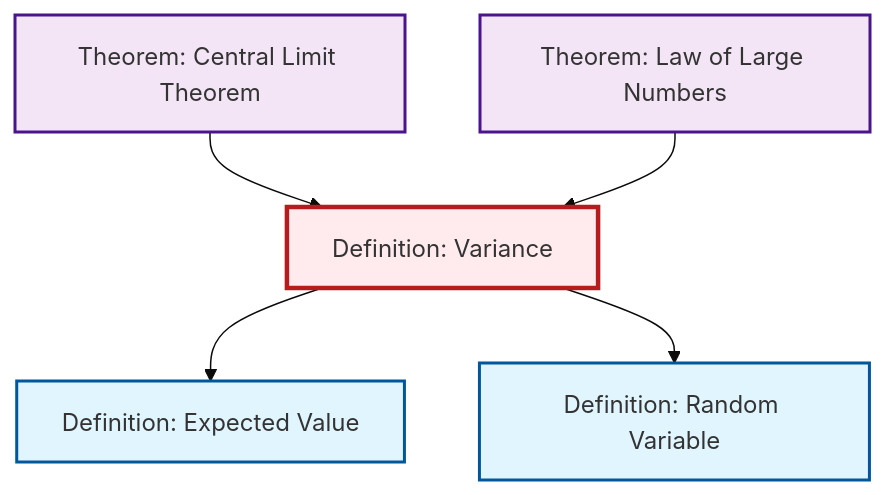
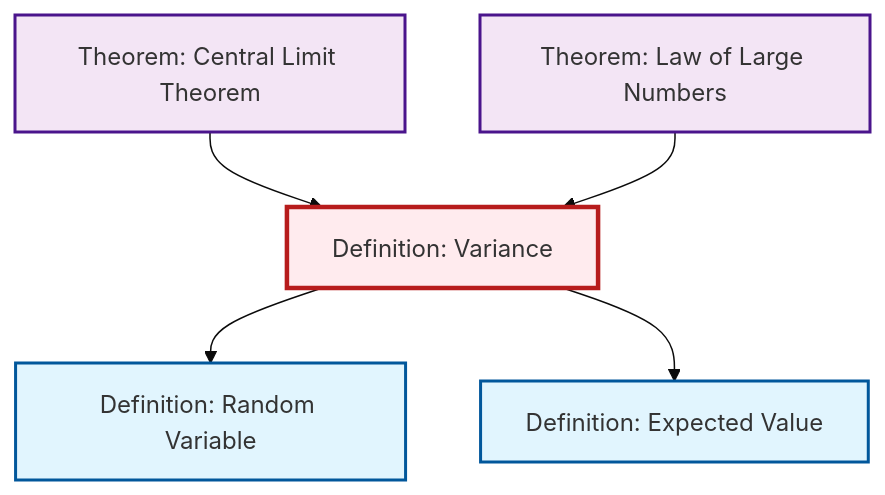
One commit to RK0429/ModernMath changed the second of 2 diagrams in content/en/probability-statistics/def-variance.qmd. Above: the diagram before and after it, drawn with Mermaid (base theme). The commit also changed other lines of this file and 581 other files, not shown here.

````diff
--- a/content/en/probability-statistics/def-variance.qmd
+++ b/content/en/probability-statistics/def-variance.qmd
@@ -101,23 +101,23 @@
 ```{mermaid}
 %%| fig-cap: "Local dependency graph"
 graph TD
     classDef definition fill:#e1f5fe,stroke:#01579b,stroke-width:2px
     classDef theorem fill:#f3e5f5,stroke:#4a148c,stroke-width:2px
     classDef axiom fill:#fff3e0,stroke:#e65100,stroke-width:2px
     classDef example fill:#e8f5e9,stroke:#1b5e20,stroke-width:2px
     classDef current fill:#ffebee,stroke:#b71c1c,stroke-width:3px
+    thm-central-limit["Theorem: Central Limit Theorem"]:::theorem
     def-variance["Definition: Variance"]:::definition
+    def-expectation["Definition: Expected Value"]:::definition
+    thm-law-of-large-numbers["Theorem: Law of Large Numbers"]:::theorem
     def-random-variable["Definition: Random Variable"]:::definition
-    thm-law-of-large-numbers["Theorem: Law of Large Numbers"]:::theorem
-    thm-central-limit["Theorem: Central Limit Theorem"]:::theorem
-    def-expectation["Definition: Expected Value"]:::definition
+    def-variance --> def-random-variable
+    def-variance --> def-expectation
     thm-central-limit --> def-variance
     thm-law-of-large-numbers --> def-variance
-    def-variance --> def-expectation
-    def-variance --> def-random-variable
     class def-variance current
-    click def-random-variable "def-random-variable.html" "Go to Random Variable definition"
-    click thm-law-of-large-numbers "thm-law-of-large-numbers.html" "Go to Law of Large Numbers theorem"
     click thm-central-limit "thm-central-limit.html" "Go to Central Limit Theorem theorem"
     click def-expectation "def-expectation.html" "Go to Expected Value definition"
+    click thm-law-of-large-numbers "thm-law-of-large-numbers.html" "Go to Law of Large Numbers theorem"
+    click def-random-variable "def-random-variable.html" "Go to Random Variable definition"
 ```
````
